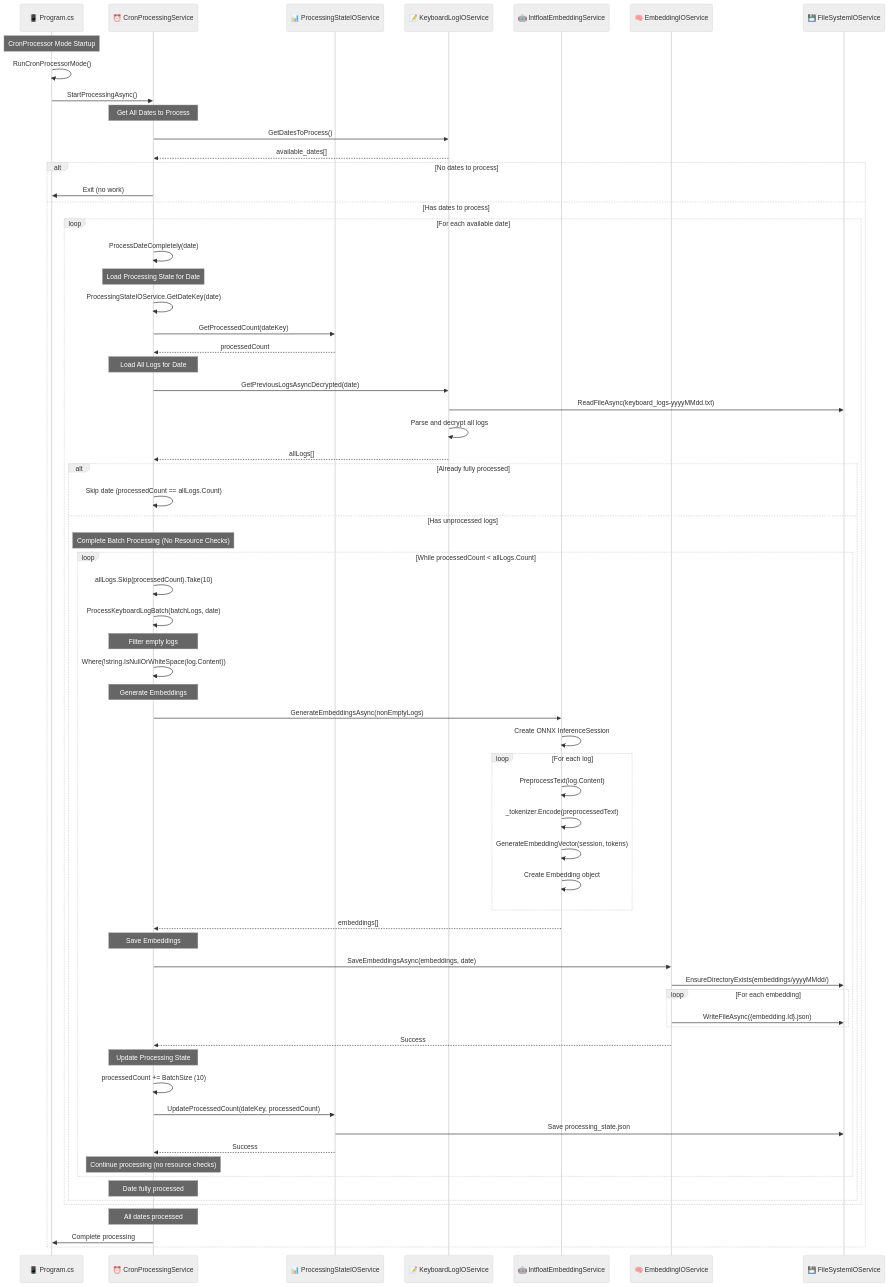
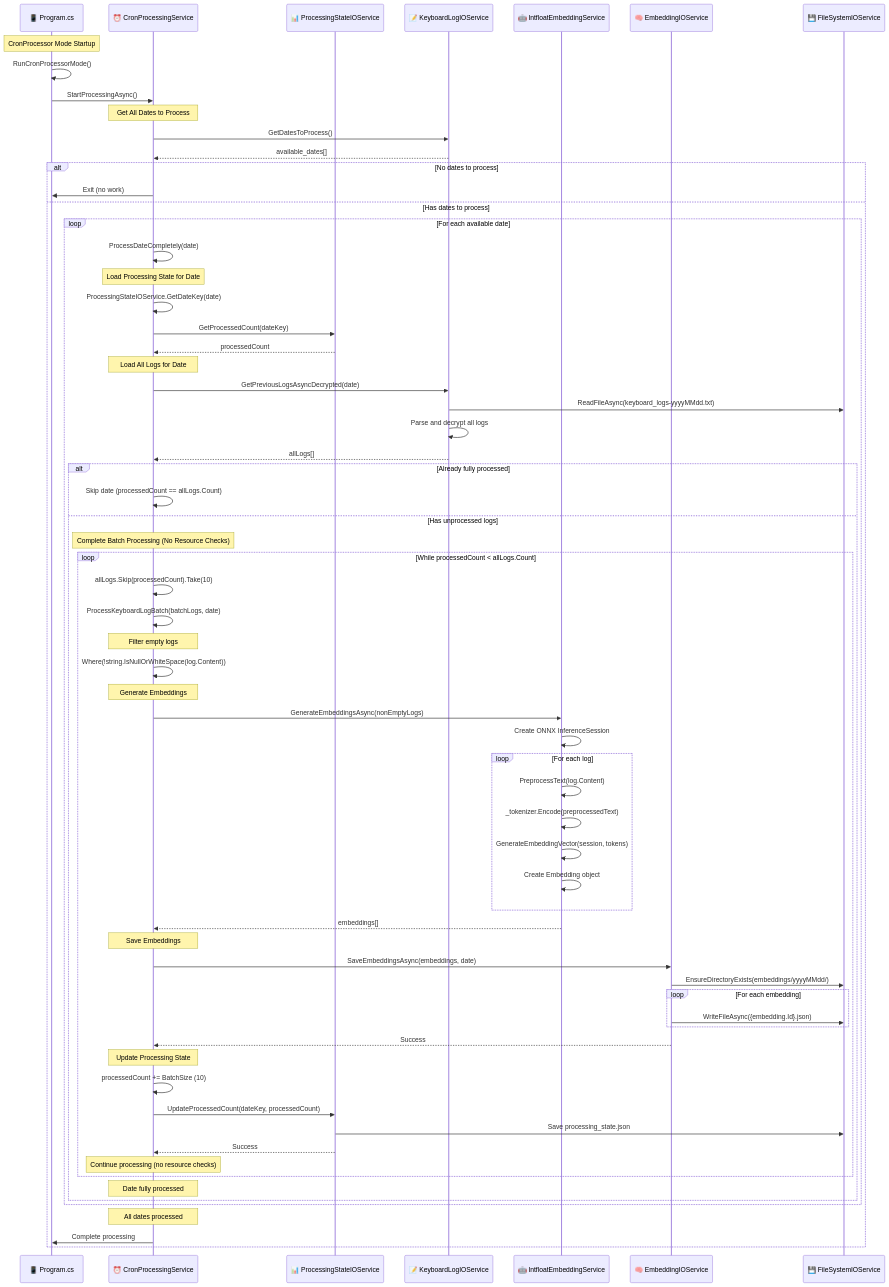
The fifth of 7 diagrams in README.md (Jan-Oliver/LlmEmbeddingsCpu), drawn with Mermaid before and after one commit. The commit also changed other lines of this file, not shown here.

````diff
--- a/README.md
+++ b/README.md
@@ -478,5 +474,4 @@
 ```mermaid
-%%{init: {'theme':'neutral'}}%%
 sequenceDiagram
     participant Program as 📱 Program.cs
     participant CRPS as ⏰ CronProcessingService
````
